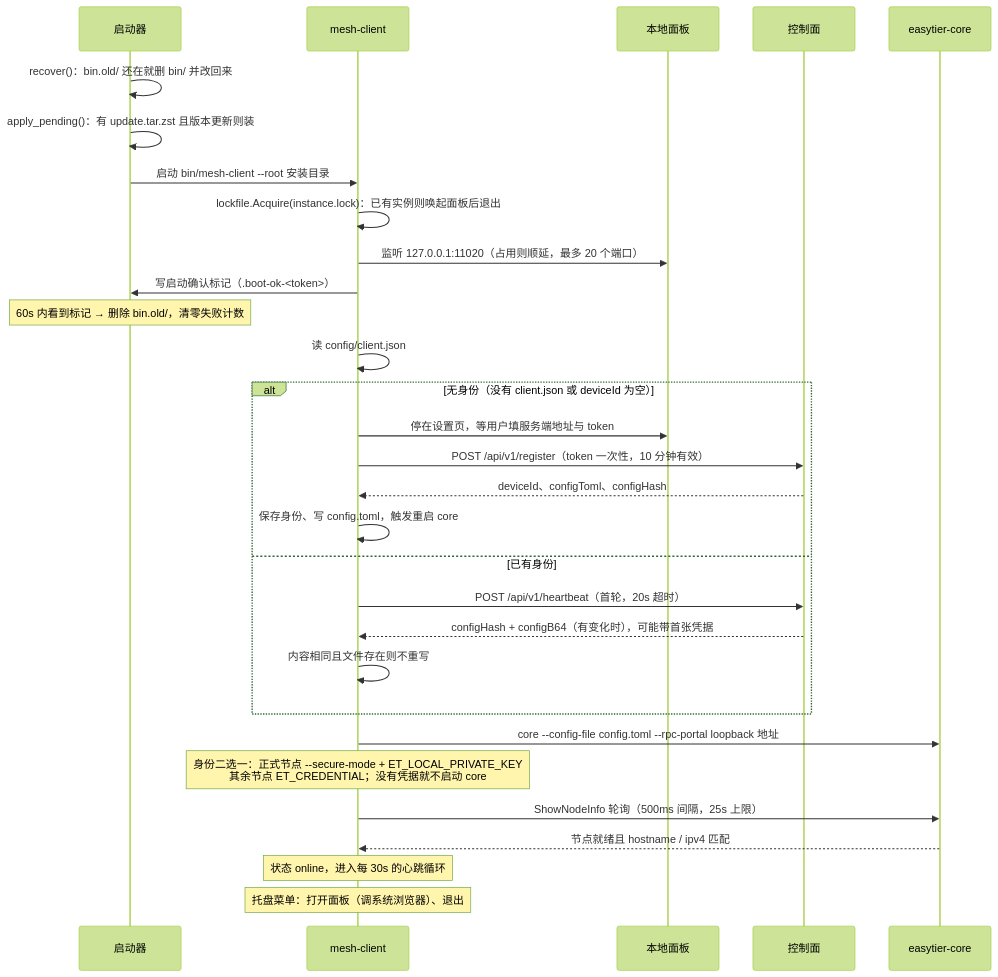
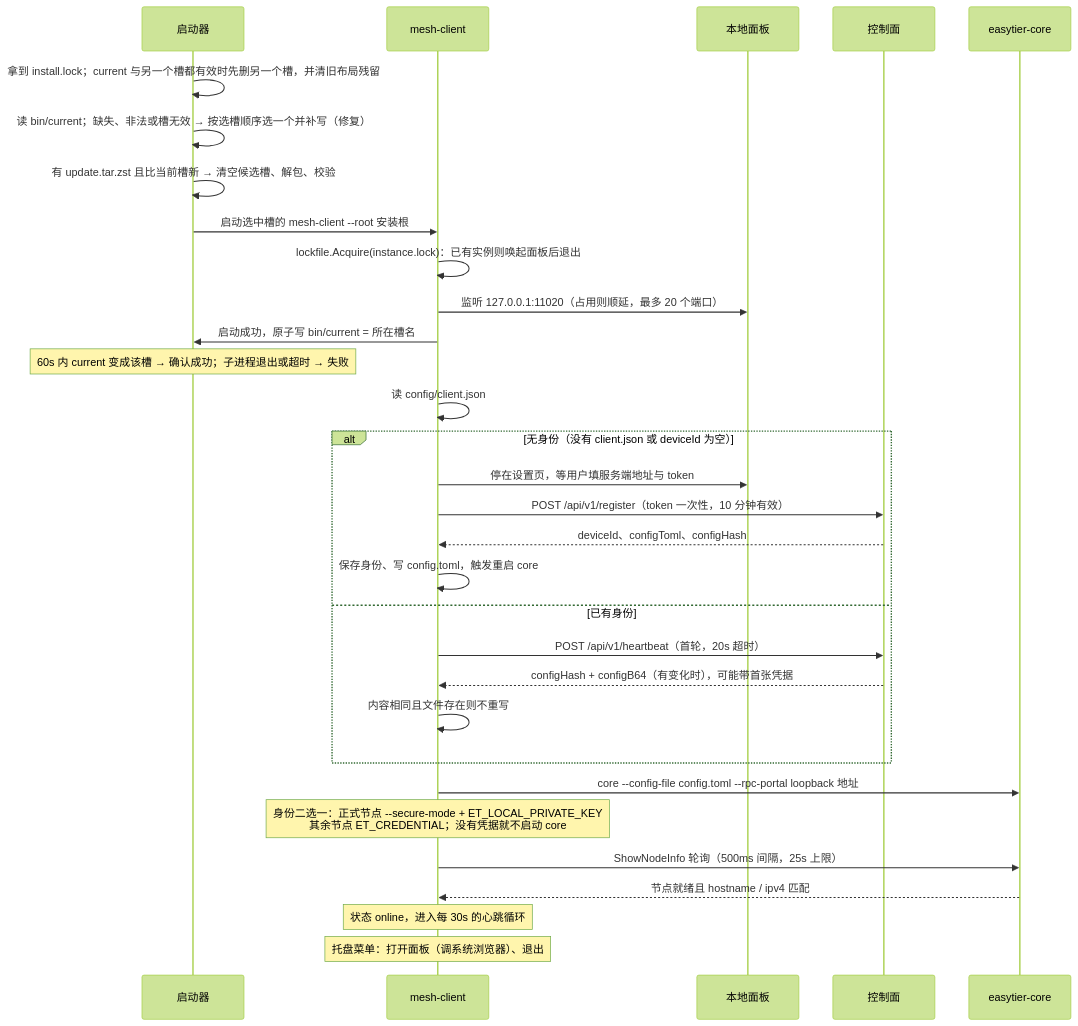
The fourth of 5 diagrams in docs/flows.md (hiromuraki/mesh-client), drawn with Mermaid (forest theme) before and after one commit. The commit also changed other lines of this file and 4 other files, not shown here.

Commit message:
契约先行：安装布局改双槽（bin/alice、bin/bob、bin/current）

````diff
--- a/docs/flows.md
+++ b/docs/flows.md
@@ -121,33 +123,34 @@
 ```mermaid
 sequenceDiagram
   participant L as 启动器
   participant M as mesh-client
   participant P as 本地面板
   participant S as 控制面
   participant C as easytier-core
 
-  L->>L: recover()：bin.old/ 还在就删 bin/ 并改回来
-  L->>L: apply_pending()：有 update.tar.zst 且版本更新则装
-  L->>M: 启动 bin/mesh-client --root 安装目录
+  L->>L: 拿到 install.lock；current 与另一个槽都有效时先删另一个槽，并清旧布局残留
+  L->>L: 读 bin/current；缺失、非法或槽无效 → 按选槽顺序选一个并补写（修复）
+  L->>L: 有 update.tar.zst 且比当前槽新 → 清空候选槽、解包、校验
+  L->>M: 启动选中槽的 mesh-client --root 安装根
   M->>M: lockfile.Acquire(instance.lock)：已有实例则唤起面板后退出
   M->>P: 监听 127.0.0.1:11020（占用则顺延，最多 20 个端口）
-  M->>L: 写启动确认标记（.boot-ok-<token>）
-  Note over L: 60s 内看到标记 → 删除 bin.old/，清零失败计数
+  M->>L: 启动成功，原子写 bin/current = 所在槽名
+  Note over L: 60s 内 current 变成该槽 → 确认成功；子进程退出或超时 → 失败
   M->>M: 读 config/client.json
   alt 无身份（没有 client.json 或 deviceId 为空）
     M->>P: 停在设置页，等用户填服务端地址与 token
     M->>S: POST /api/v1/register（token 一次性，10 分钟有效）
     S-->>M: deviceId、configToml、configHash
     M->>M: 保存身份、写 config.toml，触发重启 core
   else 已有身份
     M->>S: POST /api/v1/heartbeat（首轮，20s 超时）
     S-->>M: configHash + configB64（有变化时），可能带首张凭据
     M->>M: 内容相同且文件存在则不重写
   end
   M->>C: core --config-file config.toml --rpc-portal loopback 地址
   Note over M: 身份二选一：正式节点 --secure-mode + ET_LOCAL_PRIVATE_KEY<br/>其余节点 ET_CREDENTIAL；没有凭据就不启动 core
   M->>C: ShowNodeInfo 轮询（500ms 间隔，25s 上限）
   C-->>M: 节点就绪且 hostname / ipv4 匹配
   Note over M: 状态 online，进入每 30s 的心跳循环
   Note over M: 托盘菜单：打开面板（调系统浏览器）、退出
 ```
````
